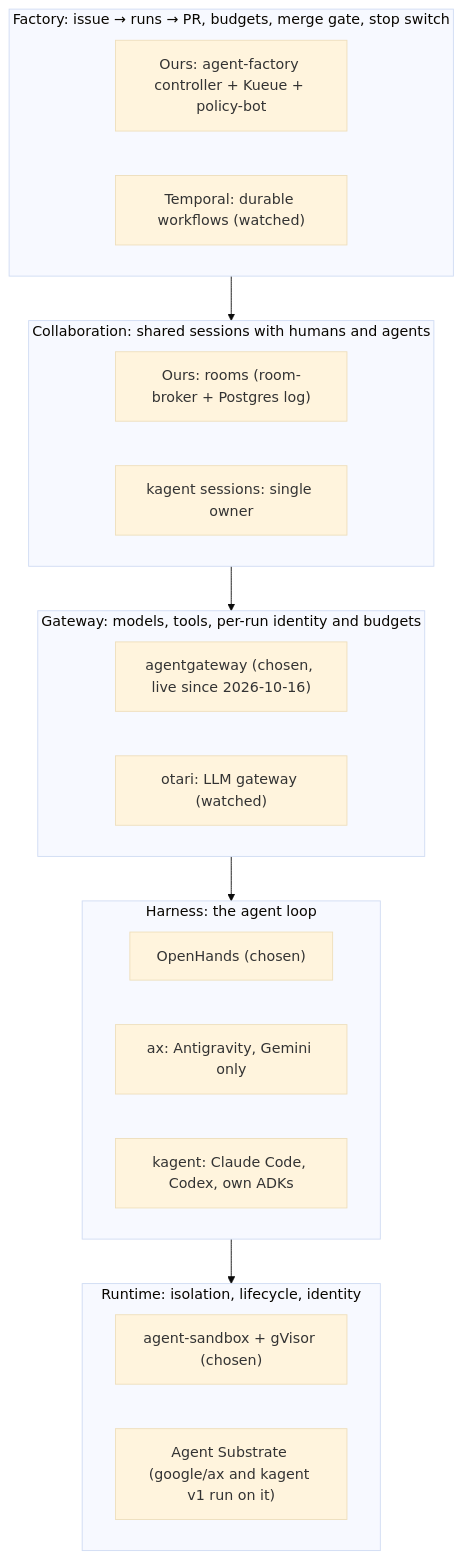
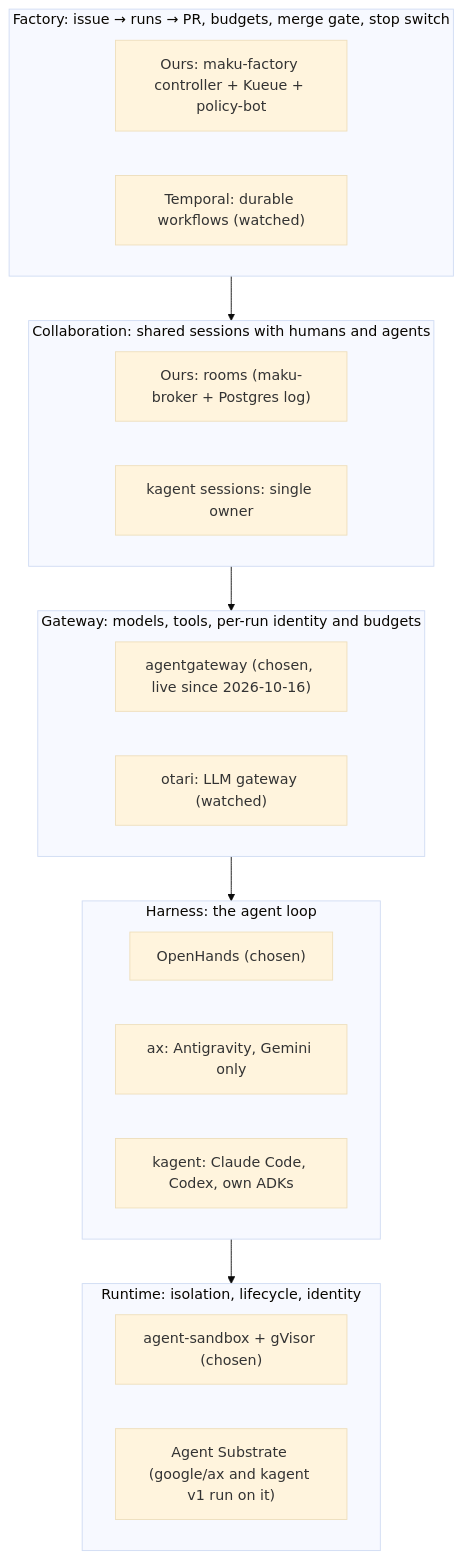
One commit to Smana/ai-native-ref changed the diagram in website/content/docs/platform/ai-platform/agents/alternatives.md. Above: the diagram before and after it, drawn with Mermaid (base theme). The commit also changed other lines of this file and 38 other files, not shown here.

First line of the commit message:
docs: Maku v0.30.0 names across live pages, runbooks and diagrams; the Agent Factory keeps its name (#211)

````diff
--- a/website/content/docs/platform/ai-platform/agents/alternatives.md
+++ b/website/content/docs/platform/ai-platform/agents/alternatives.md
@@ -40,25 +40,25 @@
 ```mermaid
 flowchart TB
   subgraph L5["Factory: issue → runs → PR, budgets, merge gate, stop switch"]
-    F5["Ours: agent-factory controller + Kueue + policy-bot"]
+    F5["Ours: maku-factory controller + Kueue + policy-bot"]
     T5["Temporal: durable workflows (watched)"]
   end
   subgraph L4["Collaboration: shared sessions with humans and agents"]
-    F4["Ours: rooms (room-broker + Postgres log)"]
+    F4["Ours: rooms (maku-broker + Postgres log)"]
     K4["kagent sessions: single owner"]
   end
   subgraph L3["Gateway: models, tools, per-run identity and budgets"]
     F3["agentgateway (chosen, live since 2026-10-16)"]
     O3["otari: LLM gateway (watched)"]
   end
   subgraph L2["Harness: the agent loop"]
     F2["OpenHands (chosen)"]
     A2["ax: Antigravity, Gemini only"]
     K2["kagent: Claude Code, Codex, own ADKs"]
   end
   subgraph L1["Runtime: isolation, lifecycle, identity"]
     F1["agent-sandbox + gVisor (chosen)"]
     S1["Agent Substrate (google/ax and kagent v1 run on it)"]
   end
   L5 --> L4 --> L3 --> L2 --> L1
 ```
````
